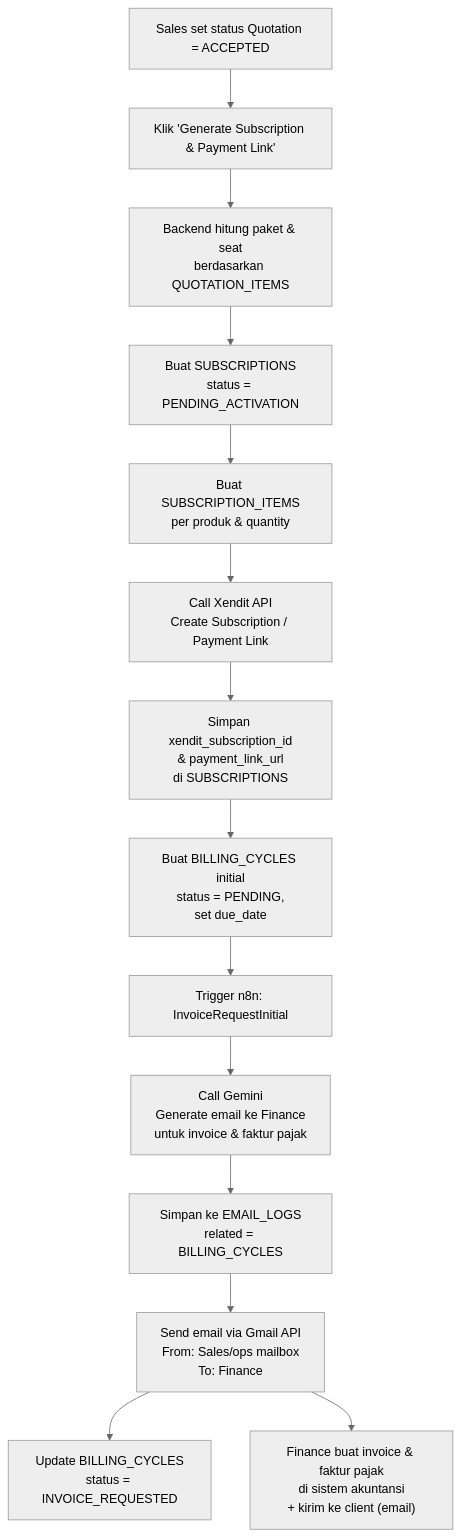
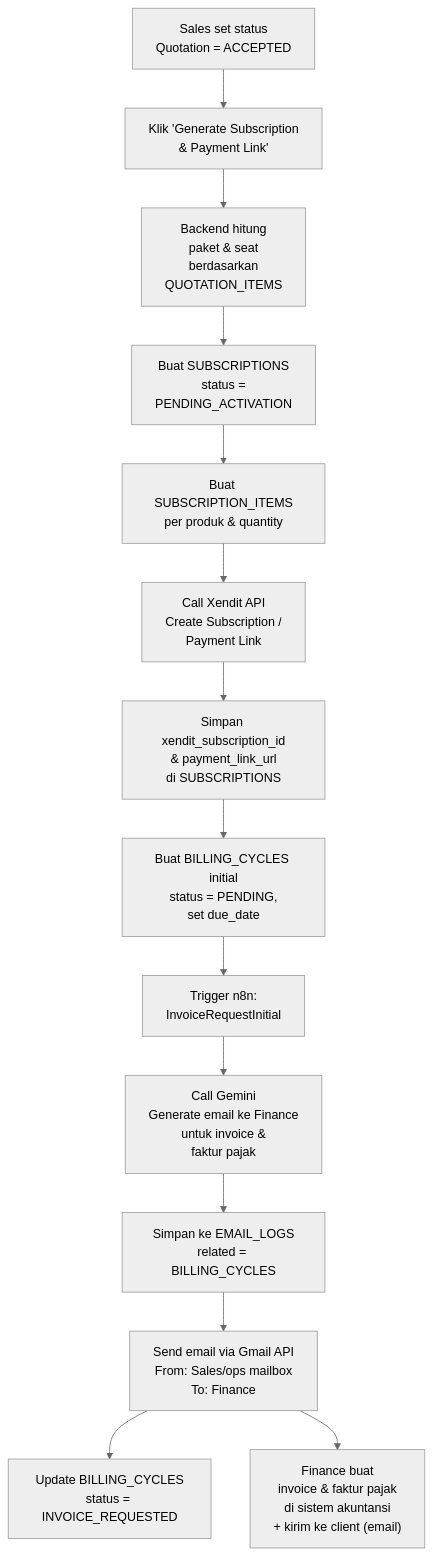
Before and after one commit to rifaldigits/CloudSales: the third of 6 diagrams in README.md, drawn with Mermaid (neutral theme). The commit also changed other lines of this file, not shown here.

````diff
--- a/README.md
+++ b/README.md
@@ -376,26 +376,26 @@
 ```mermaid
 flowchart TD
     %% DEAL
-    D1["Sales set status Quotation = ACCEPTED"] --> D2["Klik 'Generate Subscription & Payment Link'"]
-    D2 --> B1["Backend hitung paket & seat<br>berdasarkan QUOTATION_ITEMS"]
+    D1["Sales set status<br>Quotation = ACCEPTED"] --> D2["Klik 'Generate Subscription<br>& Payment Link'"]
+    D2 --> B1["Backend hitung<br>paket & seat<br>berdasarkan<br>QUOTATION_ITEMS"]
 
-    B1 --> S1["Buat SUBSCRIPTIONS<br>status = PENDING_ACTIVATION"]
+    B1 --> S1["Buat SUBSCRIPTIONS<br>status =<br>PENDING_ACTIVATION"]
     S1 --> SI1["Buat SUBSCRIPTION_ITEMS<br>per produk & quantity"]
 
     %% XENDIT
-    SI1 --> X1["Call Xendit API<br>Create Subscription / Payment Link"]
+    SI1 --> X1["Call Xendit API<br>Create Subscription /<br>Payment Link"]
     X1 --> X2["Simpan xendit_subscription_id<br>& payment_link_url<br>di SUBSCRIPTIONS"]
     X2 --> BC1["Buat BILLING_CYCLES initial<br>status = PENDING,<br>set due_date"]
 
     %% EMAIL REQUEST INVOICE
-    BC1 --> T1["Trigger n8n: InvoiceRequestInitial"]
+    BC1 --> T1["Trigger n8n:<br>InvoiceRequestInitial"]
 
-    T1 --> AI1["Call Gemini<br>Generate email ke Finance<br>untuk invoice & faktur pajak"]
+    T1 --> AI1["Call Gemini<br>Generate email ke Finance<br>untuk invoice &<br>faktur pajak"]
     AI1 --> E1["Simpan ke EMAIL_LOGS<br>related = BILLING_CYCLES"]
 
     E1 --> G1["Send email via Gmail API<br>From: Sales/ops mailbox<br>To: Finance"]
     G1 --> BC2["Update BILLING_CYCLES<br>status = INVOICE_REQUESTED"]
 
     %% FINANCE OFF-PLATFORM
-    G1 --> F1["Finance buat invoice & faktur pajak<br>di sistem akuntansi<br>+ kirim ke client (email)"]
+    G1 --> F1["Finance buat<br>invoice & faktur pajak<br>di sistem akuntansi<br>+ kirim ke client (email)"]
 ```
````
